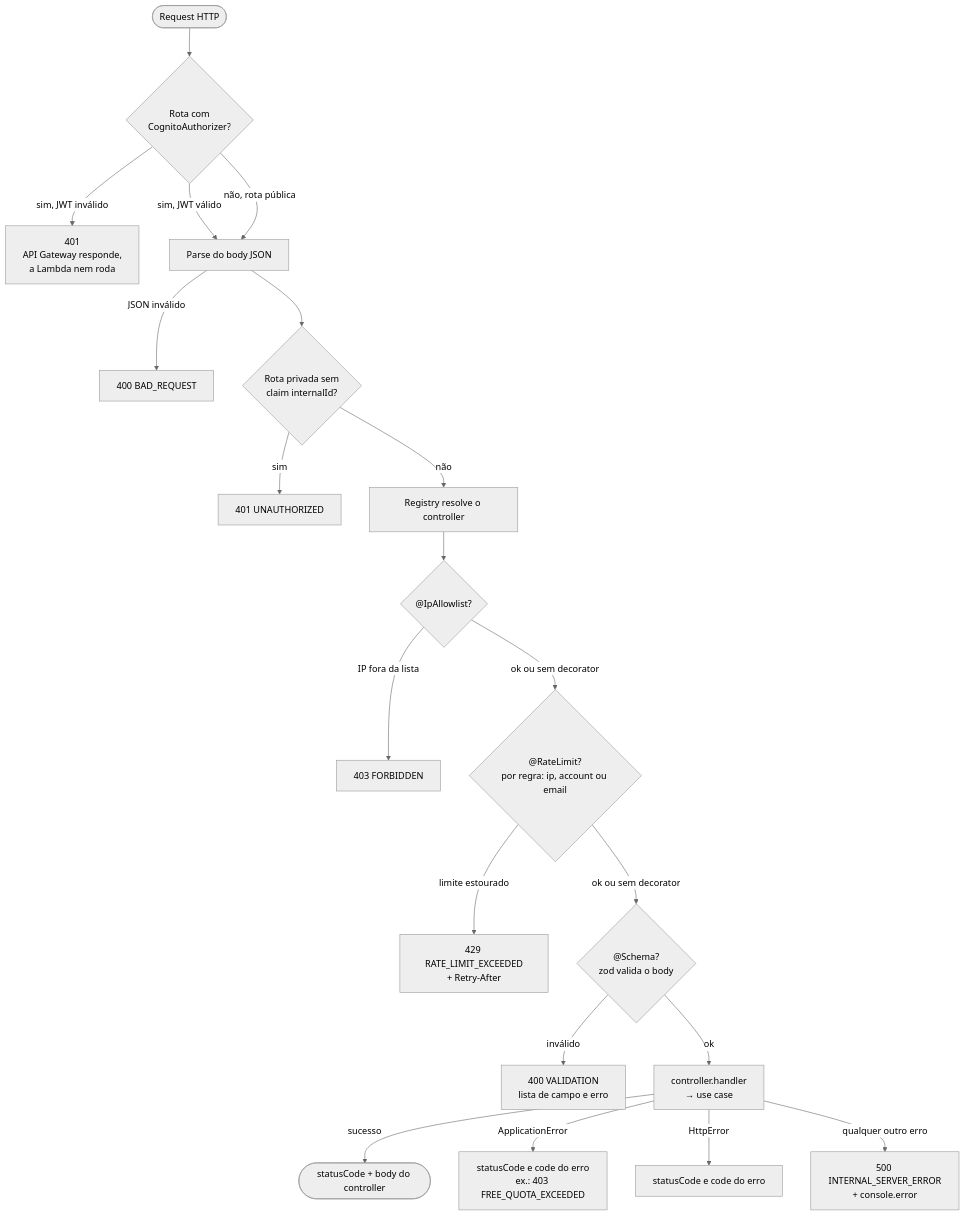
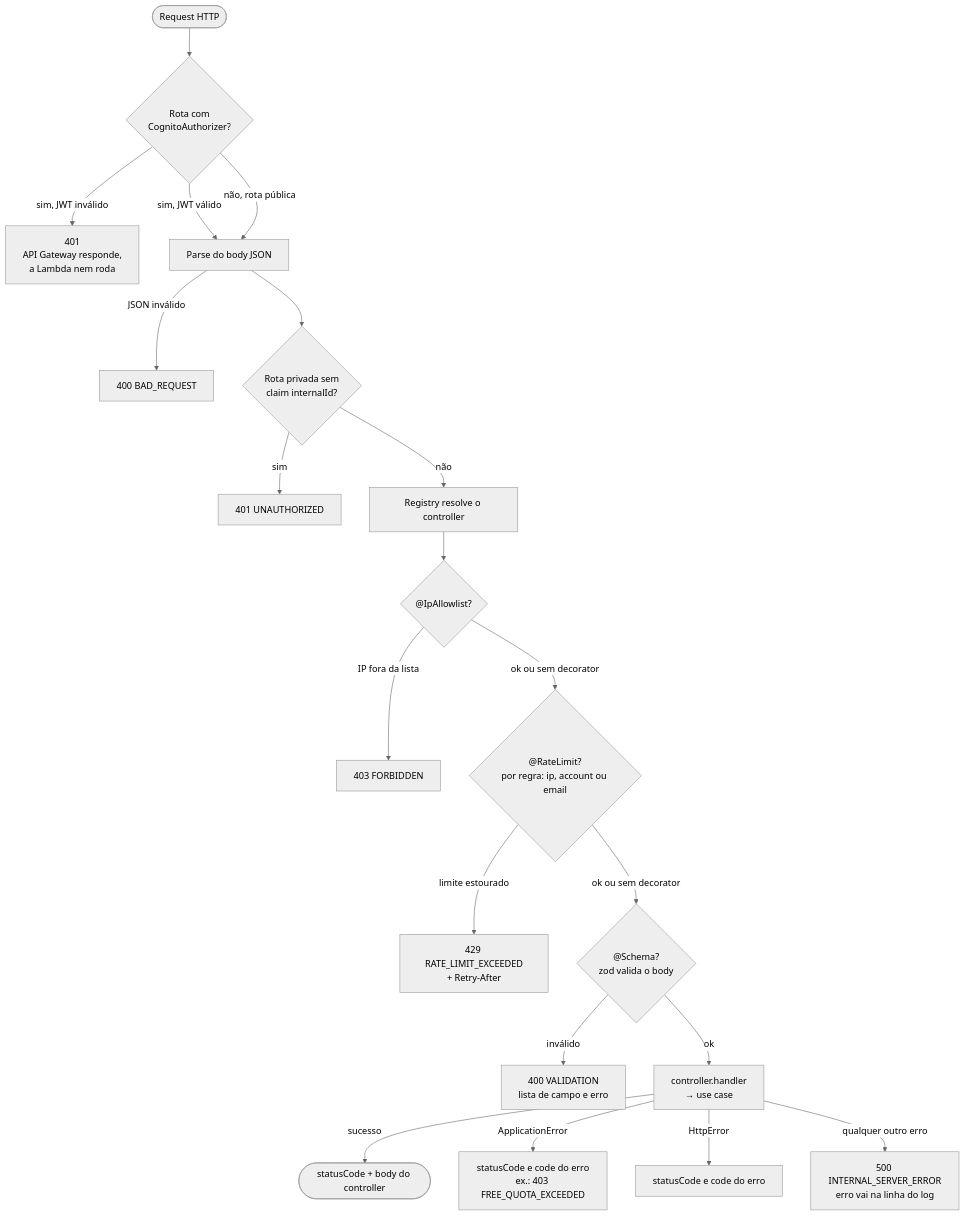
The third of 3 diagrams in docs/guide/02-arquitetura-codigo.md (nivaldoandrade/nacal-api), drawn with Mermaid (neutral theme) before and after one commit. The commit also changed other lines of this file and 37 other files, not shown here.

````diff
--- a/docs/guide/02-arquitetura-codigo.md
+++ b/docs/guide/02-arquitetura-codigo.md
@@ -154,25 +155,25 @@
 ```mermaid
 flowchart TD
     start(["Request HTTP"]) --> gw{"Rota com<br/>CognitoAuthorizer?"}
     gw -- "sim, JWT inválido" --> r401gw["401<br/>API Gateway responde,<br/>a Lambda nem roda"]
     gw -- "sim, JWT válido" --> parse
     gw -- "não, rota pública" --> parse
 
     parse["Parse do body JSON"] -- "JSON inválido" --> r400a["400 BAD_REQUEST"]
     parse --> claim{"Rota privada sem<br/>claim internalId?"}
     claim -- "sim" --> r401["401 UNAUTHORIZED"]
     claim -- "não" --> resolve["Registry resolve o controller"]
 
     resolve --> ip{"@IpAllowlist?"}
     ip -- "IP fora da lista" --> r403["403 FORBIDDEN"]
     ip -- "ok ou sem decorator" --> rl{"@RateLimit?<br/>por regra: ip, account ou email"}
     rl -- "limite estourado" --> r429["429 RATE_LIMIT_EXCEEDED<br/>+ Retry-After"]
     rl -- "ok ou sem decorator" --> schema{"@Schema?<br/>zod valida o body"}
     schema -- "inválido" --> r400b["400 VALIDATION<br/>lista de campo e erro"]
     schema -- "ok" --> handler["controller.handler<br/>→ use case"]
 
     handler -- "sucesso" --> ok(["statusCode + body do controller"])
     handler -- "ApplicationError" --> rApp["statusCode e code do erro<br/>ex.: 403 FREE_QUOTA_EXCEEDED"]
     handler -- "HttpError" --> rHttp["statusCode e code do erro"]
-    handler -- "qualquer outro erro" --> r500["500 INTERNAL_SERVER_ERROR<br/>+ console.error"]
+    handler -- "qualquer outro erro" --> r500["500 INTERNAL_SERVER_ERROR<br/>erro vai na linha do log"]
 ```
````
